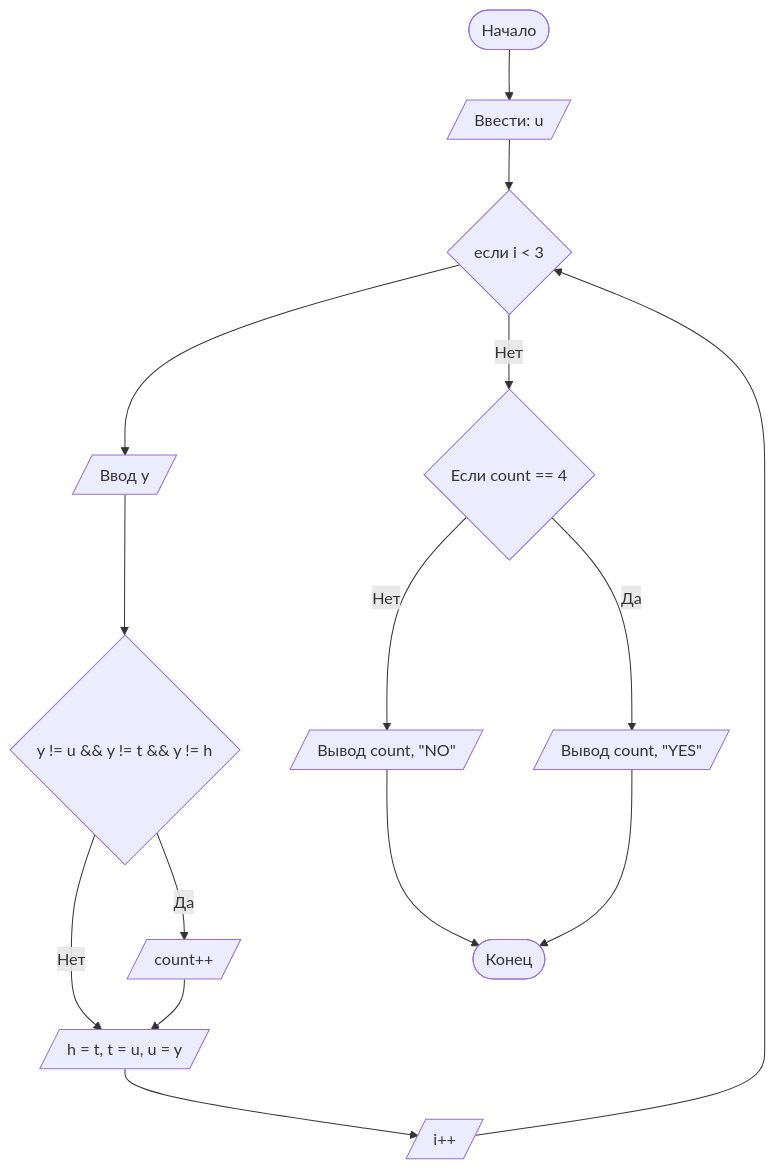
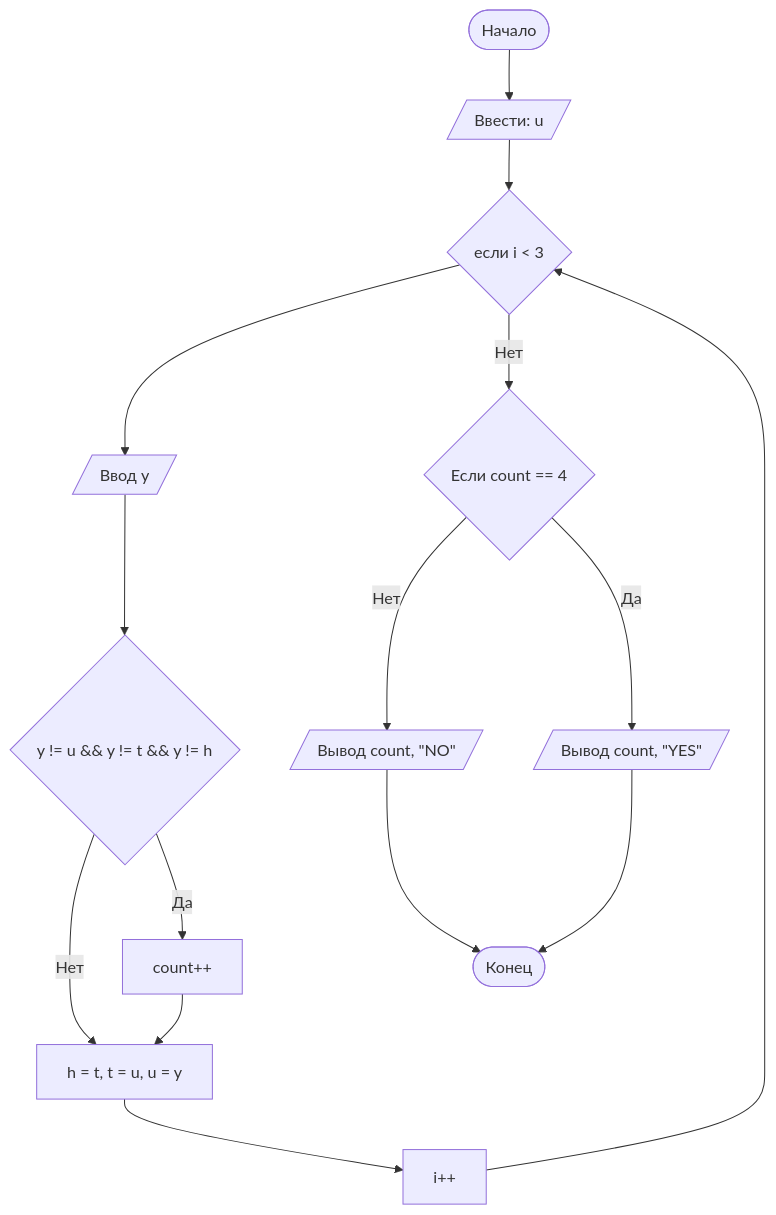
Before and after one commit to selitt/Lab1: the diagram in README.md, drawn with Mermaid.

````diff
--- a/README.md
+++ b/README.md
@@ -71,18 +71,18 @@
 ```mermaid
 graph TD
     A([Начало]) --> B[/Ввести: u/]
     B --> C{если i < 3}
     C --> D[/Ввод y/]
     D --> E{y != u && y != t && y != h}
-    E -- Нет --> G[/h = t, t = u, u = y/]
-    E -- Да --> F[/count++/]
+    E -- Нет --> G[h = t, t = u, u = y]
+    E -- Да --> F[count++]
     F --> G
-    G --> Q[/i++/]
+    G --> Q[i++]
     Q --> C
     C -- Нет --> O{Если count == 4}
     O -- Нет --> Z[/Вывод count, "NO"/]
     O -- Да --> V[/Вывод count, "YES"/]
     Z --> M([Конец])
     V --> M
 
 ```
````
